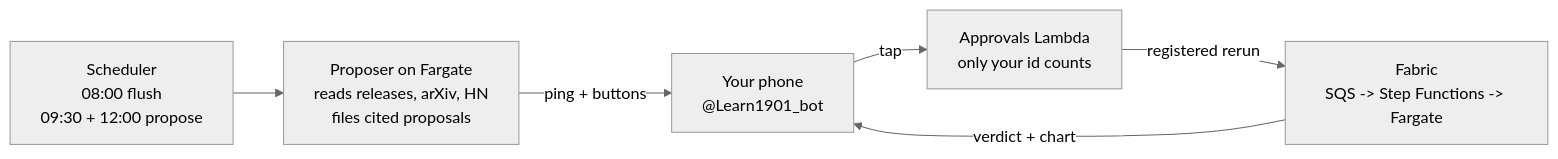
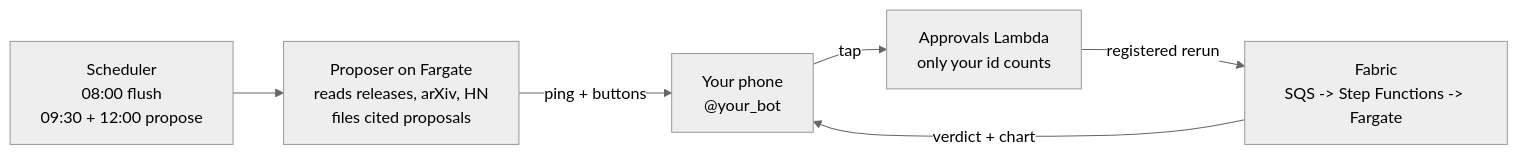
One commit to danielpuri1901/agentlab changed the second of 2 diagrams in docs/progress.md. Above: the diagram before and after it, drawn with Mermaid (neutral theme). The commit also changed 24 other files, not shown here.

````diff
--- a/docs/progress.md
+++ b/docs/progress.md
@@ -36,8 +36,8 @@
 ```mermaid
 flowchart LR
     S["Scheduler\n08:00 flush\n09:30 + 12:00 propose"] --> P["Proposer on Fargate\nreads releases, arXiv, HN\nfiles cited proposals"]
-    P -->|ping + buttons| D["Your phone\n@Learn1901_bot"]
+    P -->|ping + buttons| D["Your phone\n@your_bot"]
     D -->|tap| L["Approvals Lambda\nonly your id counts"]
     L -->|registered rerun| F["Fabric\nSQS -> Step Functions -> Fargate"]
     F -->|verdict + chart| D
 ```
````
